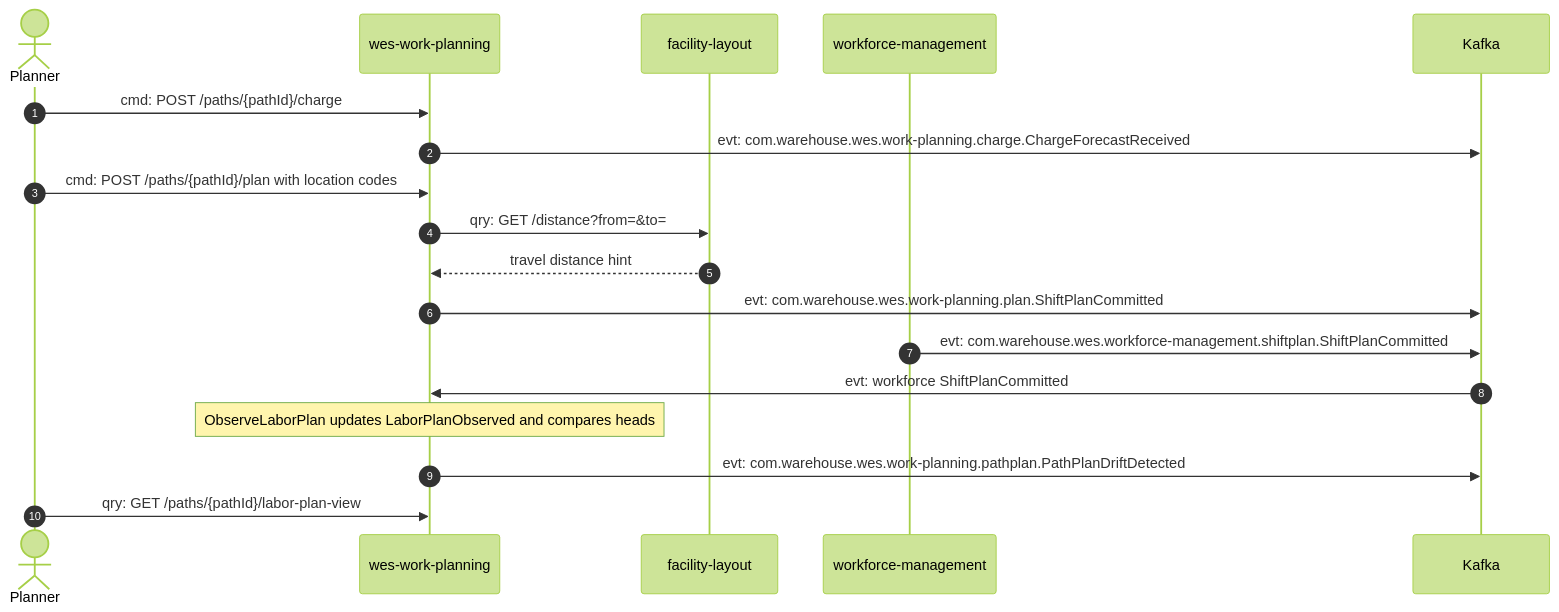
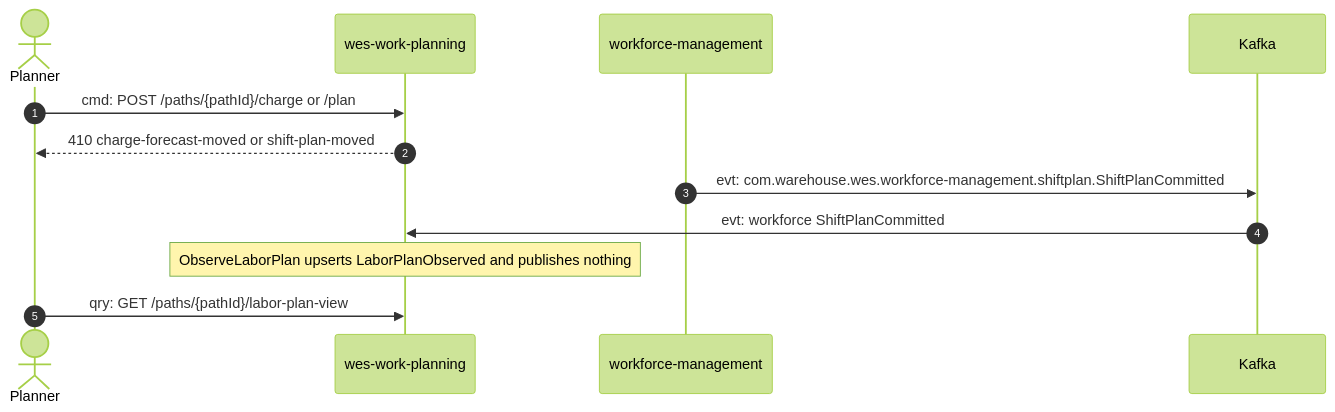
One commit to IQVO/wes-work-planning changed the second of 4 diagrams in docs/docs/ddd/domain-message-flow.md. Above: the diagram before and after it, drawn with Mermaid (forest theme). The commit also changed other lines of this file and 9 other files, not shown here.

````diff
--- a/docs/docs/ddd/domain-message-flow.md
+++ b/docs/docs/ddd/domain-message-flow.md
@@ -57,21 +57,15 @@
 ```mermaid
 sequenceDiagram
     autonumber
     actor Planner
     participant WP as wes-work-planning
-    participant FL as facility-layout
     participant WM as workforce-management
     participant K as Kafka
 
-    Planner->>WP: cmd: POST /paths/{pathId}/charge
-    WP->>K: evt: com.warehouse.wes.work-planning.charge.ChargeForecastReceived
-    Planner->>WP: cmd: POST /paths/{pathId}/plan with location codes
-    WP->>FL: qry: GET /distance?from=&to=
-    FL-->>WP: travel distance hint
-    WP->>K: evt: com.warehouse.wes.work-planning.plan.ShiftPlanCommitted
+    Planner->>WP: cmd: POST /paths/{pathId}/charge or /plan
+    WP-->>Planner: 410 charge-forecast-moved or shift-plan-moved
     WM->>K: evt: com.warehouse.wes.workforce-management.shiftplan.ShiftPlanCommitted
     K->>WP: evt: workforce ShiftPlanCommitted
-    Note over WP: ObserveLaborPlan updates LaborPlanObserved and compares heads
-    WP->>K: evt: com.warehouse.wes.work-planning.pathplan.PathPlanDriftDetected
+    Note over WP: ObserveLaborPlan upserts LaborPlanObserved and publishes nothing
     Planner->>WP: qry: GET /paths/{pathId}/labor-plan-view
 ```
````
